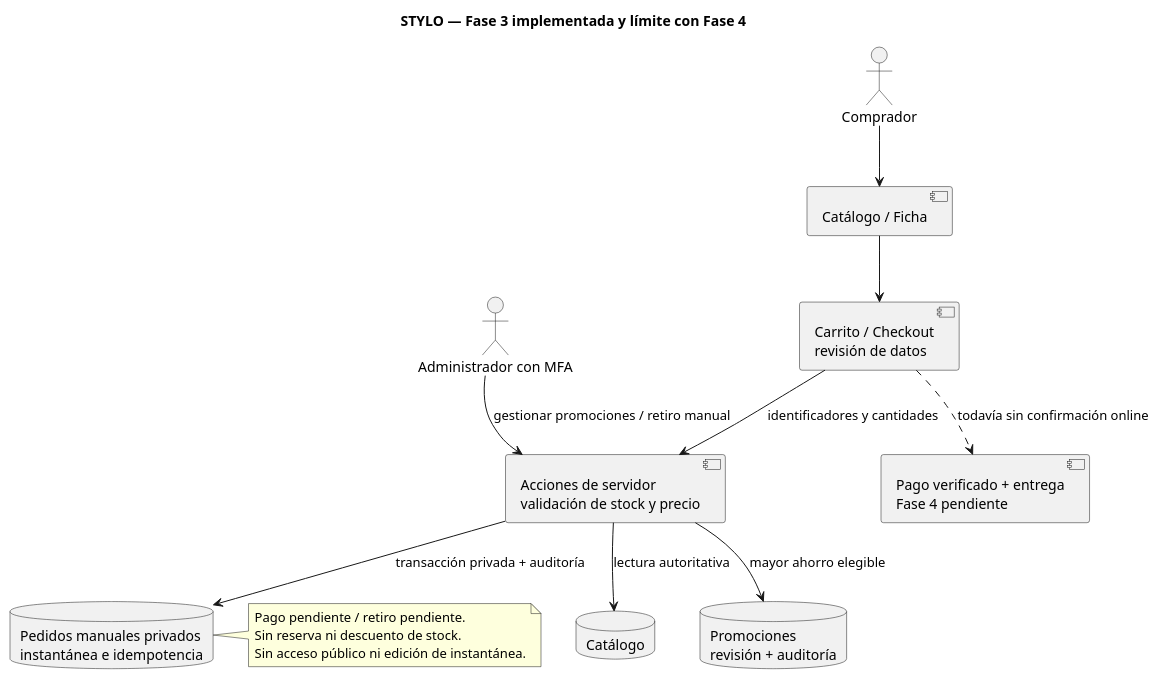
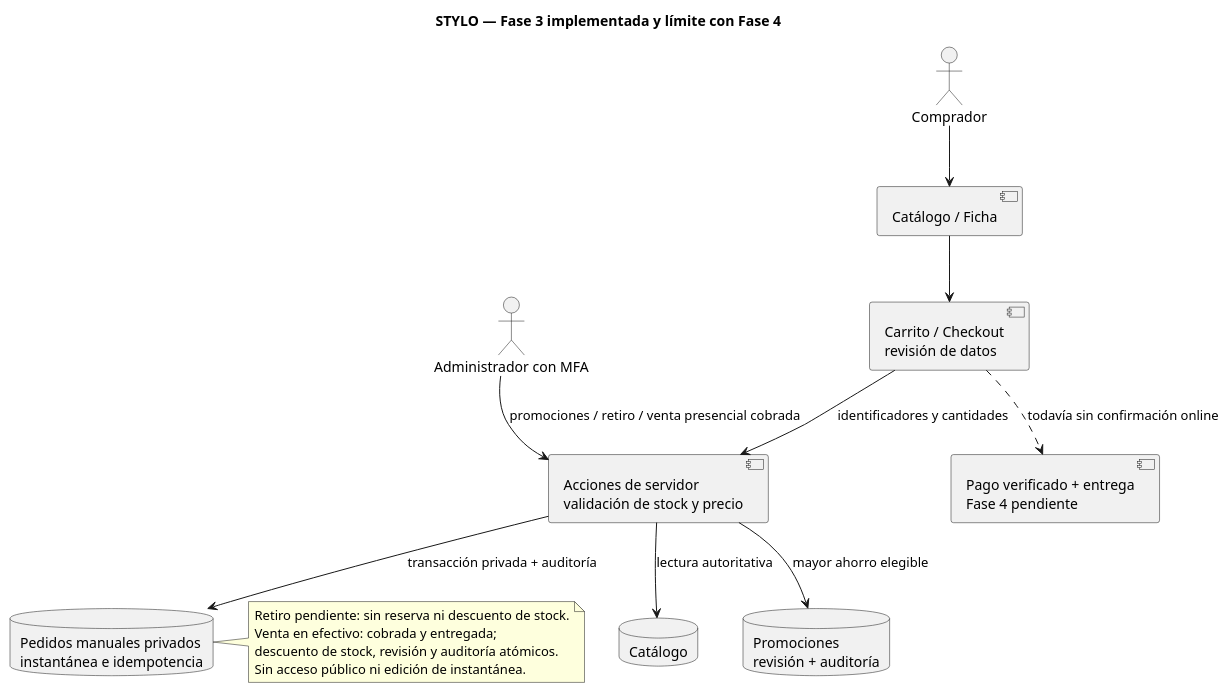
One commit to lautiasc10/Stylo-suplementos changed the diagram in docs/plantuml/09_comercio_fase_3.puml. Above: the diagram before and after it, drawn with PlantUML. The commit also changed 36 other files, not shown here.

Commit message:
fase-3: mejorar gestion, carrito y ofertas; efectivo solo presencial

```diff
--- a/docs/plantuml/09_comercio_fase_3.puml
+++ b/docs/plantuml/09_comercio_fase_3.puml
@@ -1,25 +1,26 @@
 @startuml
 title STYLO — Fase 3 implementada y límite con Fase 4
 actor Comprador
 actor "Administrador con MFA" as Admin
 component "Catálogo / Ficha" as Catalog
 component "Carrito / Checkout\nrevisión de datos" as Checkout
 component "Acciones de servidor\nvalidación de stock y precio" as Actions
 database "Catálogo" as DB
 database "Promociones\nrevisión + auditoría" as Promotions
 database "Pedidos manuales privados\ninstantánea e idempotencia" as Orders
 component "Pago verificado + entrega\nFase 4 pendiente" as Payments
 Comprador --> Catalog
 Catalog --> Checkout
 Checkout --> Actions : identificadores y cantidades
 Actions --> DB : lectura autoritativa
 Actions --> Promotions : mayor ahorro elegible
-Admin --> Actions : gestionar promociones / retiro manual
+Admin --> Actions : promociones / retiro / venta presencial cobrada
 Actions --> Orders : transacción privada + auditoría
 Checkout ..> Payments : todavía sin confirmación online
 note right of Orders
-  Pago pendiente / retiro pendiente.
-  Sin reserva ni descuento de stock.
+  Retiro pendiente: sin reserva ni descuento de stock.
+  Venta en efectivo: cobrada y entregada;
+  descuento de stock, revisión y auditoría atómicos.
   Sin acceso público ni edición de instantánea.
 end note
 @enduml
```
